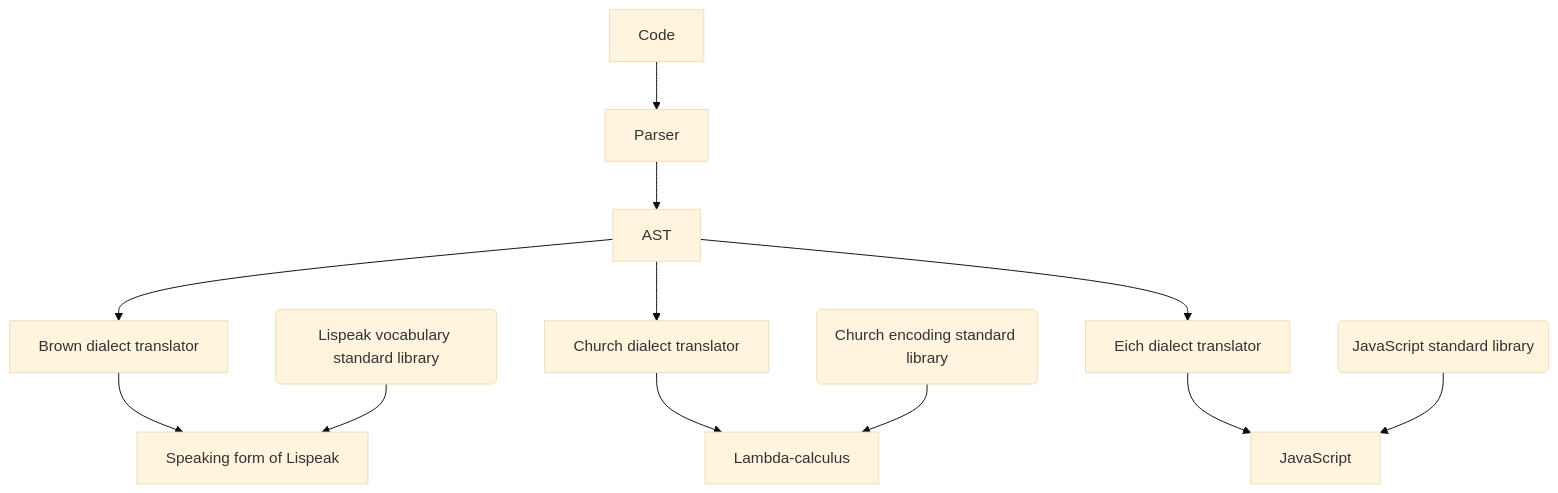
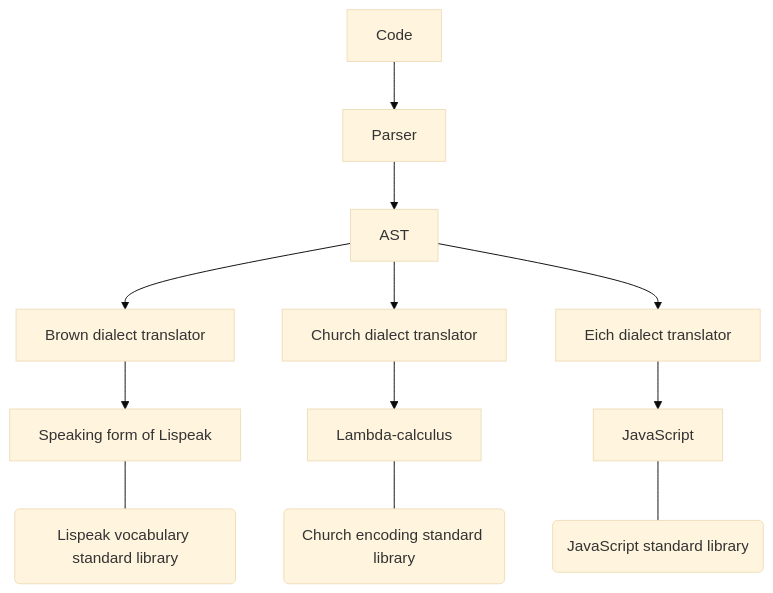
One commit to lispeak/lispeak changed the diagram in README.md. Above: the diagram before and after it, drawn with Mermaid (base theme).

````diff
--- a/README.md
+++ b/README.md
@@ -30,14 +30,14 @@
 ```mermaid
 flowchart TD
     Code[Code] --> Parser[Parser]
     Parser --> AST[AST]
     AST --> Brown[Brown dialect translator]
     AST --> Church[Church dialect translator]
     AST --> Eich[Eich dialect translator]
     Brown --> SpeakingForm[Speaking form of Lispeak]
     Church --> LambdaCalculus[Lambda-calculus]
     Eich --> JavaScript[JavaScript]
-    LispeakVocabulary(Lispeak vocabulary standard library) --> SpeakingForm
-    ChurchEncoding(Church encoding standard library) --> LambdaCalculus
-    JavaScriptStd(JavaScript standard library) --> JavaScript
+    SpeakingForm --- LispeakVocabulary(Lispeak vocabulary standard library)
+    LambdaCalculus --- ChurchEncoding(Church encoding standard library)
+    JavaScript --- JavaScriptStd(JavaScript standard library)
 ```
````
